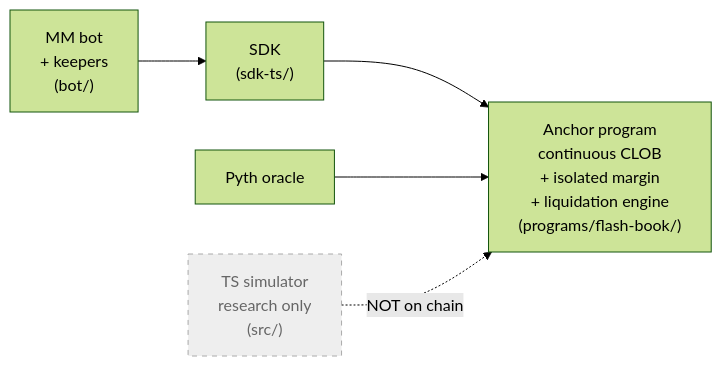
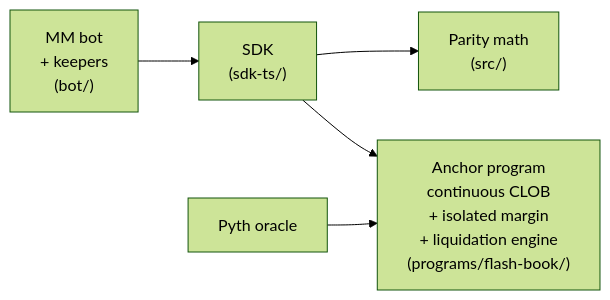
Before and after one commit to Abdr007/flash-book: the diagram in README.md, drawn with Mermaid (forest theme). The commit also changed other lines of this file and 11 other files, not shown here.

````diff
--- a/README.md
+++ b/README.md
@@ -28,15 +28,13 @@
 ```mermaid
 flowchart LR
     bot["MM bot<br/>+ keepers<br/>(bot/)"]
     sdk["SDK<br/>(sdk-ts/)"]
+    parity["Parity math<br/>(src/)"]
     prog["Anchor program<br/>continuous CLOB<br/>+ isolated margin<br/>+ liquidation engine<br/>(programs/flash-book/)"]
     pyth["Pyth oracle"]
-    sim["TS simulator<br/>research only<br/>(src/)"]:::ghost
 
     bot --> sdk
     sdk --> prog
+    sdk --> parity
     pyth --> prog
-    sim -. NOT on chain .-> prog
-
-    classDef ghost fill:#eee,stroke:#aaa,color:#666,stroke-dasharray:5
 ```
````
